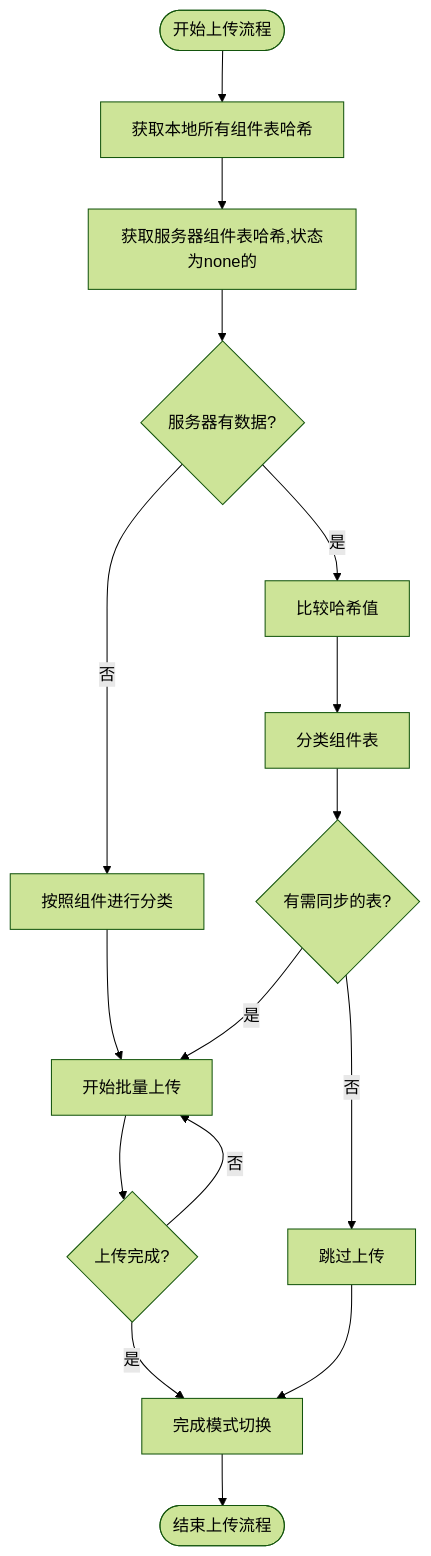
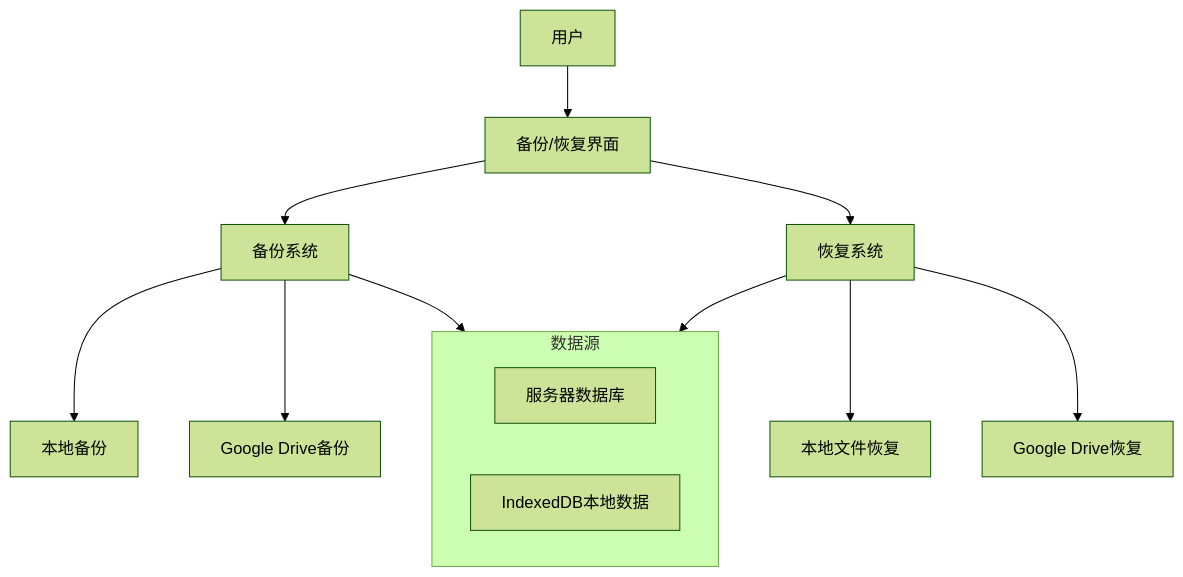
One commit to yingjianzh/iodraw-files changed the diagram in all/未命名-52.md. Above: the diagram before and after it, drawn with Mermaid (forest theme).

Commit message:
2025-05-09 10:28:24 update

````diff
--- a/all/未命名-52.md
+++ b/all/未命名-52.md
@@ -1,32 +1,20 @@
 ```mermaid
-
-flowchart TD
-    Start([开始上传流程]) --> CollectLocalHashes[获取本地所有组件表哈希]
-    CollectLocalHashes --> FetchServerHashes[获取服务器组件表哈希,状态为none的]
+graph TD
+    User[用户] --> Interface[备份/恢复界面]
+    Interface --> BackupSystem[备份系统]
+    Interface --> RestoreSystem[恢复系统]
     
-    FetchServerHashes --> ServerHasData{服务器有数据?}
+    BackupSystem --> LocalStorage[本地备份]
+    BackupSystem --> GoogleDrive[Google Drive备份]
     
-    ServerHasData -->|是| CompareHashes[比较哈希值]
-    ServerHasData -->|否| ClassifyTables2[按照组件进行分类]
-    ClassifyTables2 --> StartBatching[开始批量上传]
+    RestoreSystem --> LocalRestore[本地文件恢复]
+    RestoreSystem --> DriveRestore[Google Drive恢复]
     
-    CompareHashes --> ClassifyTables[分类组件表]
-    ClassifyTables --> HasChanges{有需同步的表?}
+    subgraph DataSources [数据源]
+        OnlineDB[服务器数据库]
+        LocalDB[IndexedDB本地数据]
+    end
     
-    HasChanges -->|否| SkipUpload[跳过上传]
-    HasChanges -->|是| StartBatching
-    
-    StartBatching --> UploadComplete{上传完成?}
-
-
-    UploadComplete -->|是| FinalizeMode[完成模式切换]
-    UploadComplete -->|否| StartBatching
-
-    
-    
-    FinalizeMode --> End([结束上传流程])
-    
-    SkipUpload --> FinalizeMode
-
-
+    BackupSystem --> DataSources
+    RestoreSystem --> DataSources
 ```
````
